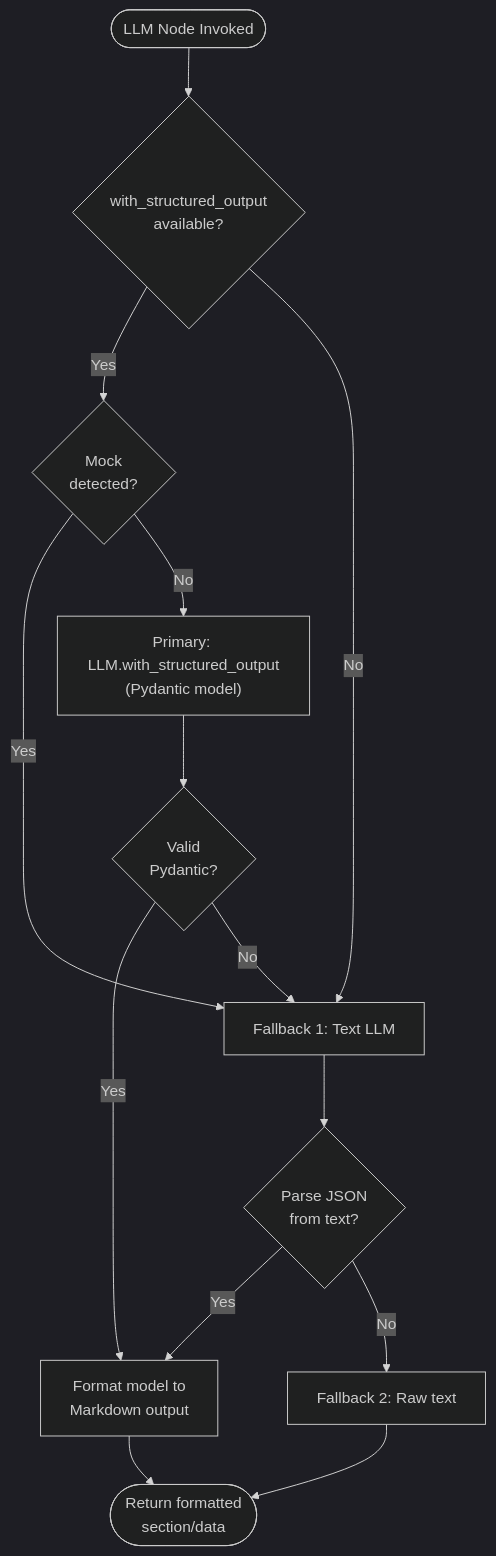
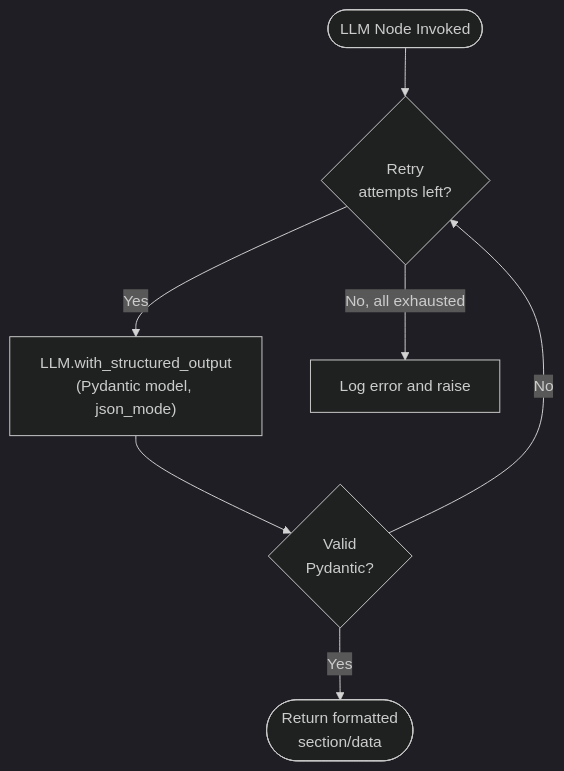
Before and after one commit to Ta1al/automated-SRS-generator: the fourth of 4 diagrams in documentation/design_document.md, drawn with Mermaid (dark theme). The commit also changed other lines of this file and 5 other files, not shown here.

First line of the commit message:
Enhance documentation with updated data flow diagrams, design document, ER diagram, and new use case diagram

````diff
--- a/documentation/design_document.md
+++ b/documentation/design_document.md
@@ -137,21 +132,9 @@
 ```mermaid
 flowchart TD
-    Start([LLM Node Invoked]) --> Check{with_structured_output<br/>available?}
-    
-    Check -->|Yes| MockCheck{Mock<br/>detected?}
-    MockCheck -->|Yes| Fallback1[Fallback 1: Text LLM]
-    MockCheck -->|No| Primary["Primary: LLM.with_structured_output<br/>(Pydantic model)"]
-    
-    Check -->|No| Fallback1
-    
-    Primary --> PrimarySuccess{Valid<br/>Pydantic?}
-    PrimarySuccess -->|Yes| Format["Format model to<br/>Markdown output"]
-    PrimarySuccess -->|No| Fallback1
-    
-    Fallback1 --> JSONParse{Parse JSON<br/>from text?}
-    JSONParse -->|Yes| Format
-    JSONParse -->|No| Fallback2["Fallback 2: Raw text"]
-    
-    Format --> Return([Return formatted<br/>section/data])
-    Fallback2 --> Return
+    Start([LLM Node Invoked]) --> Retry{Retry<br/>attempts left?}
+    Retry -->|Yes| Call["LLM.with_structured_output<br/>(Pydantic model, json_mode)"]
+    Call --> Success{Valid<br/>Pydantic?}
+    Success -->|Yes| Return([Return formatted<br/>section/data])
+    Success -->|No| Retry
+    Retry -->|No, all exhausted| Raise["Log error and raise"]
 ```
````
